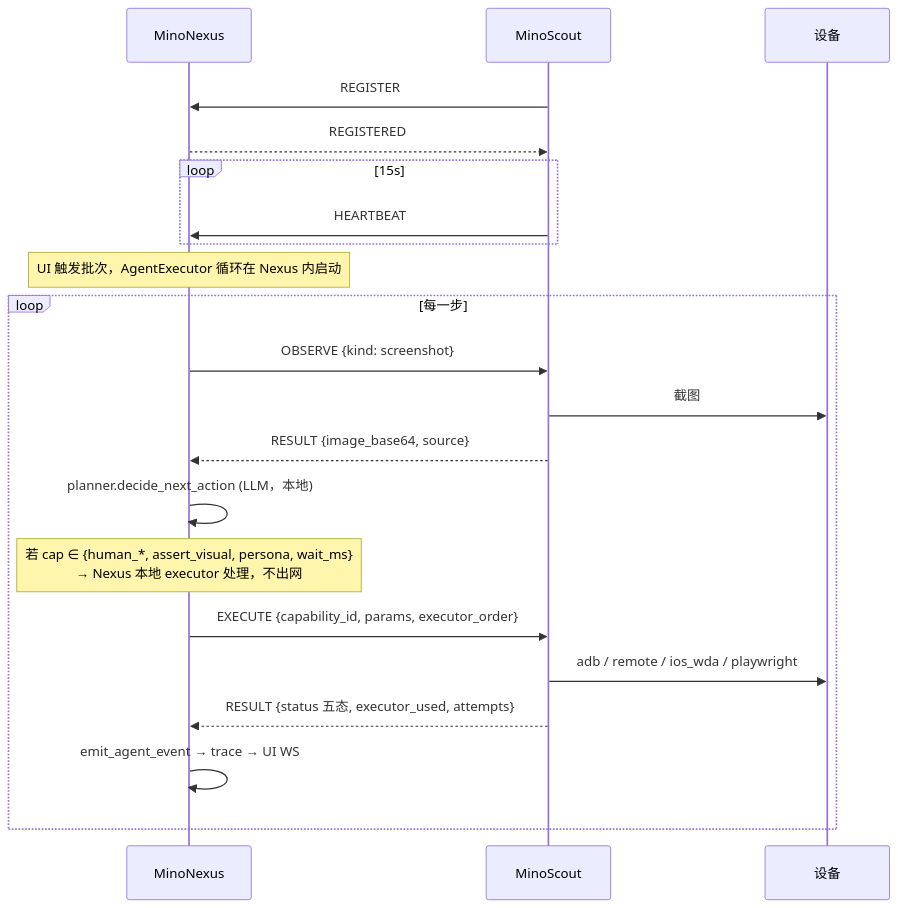
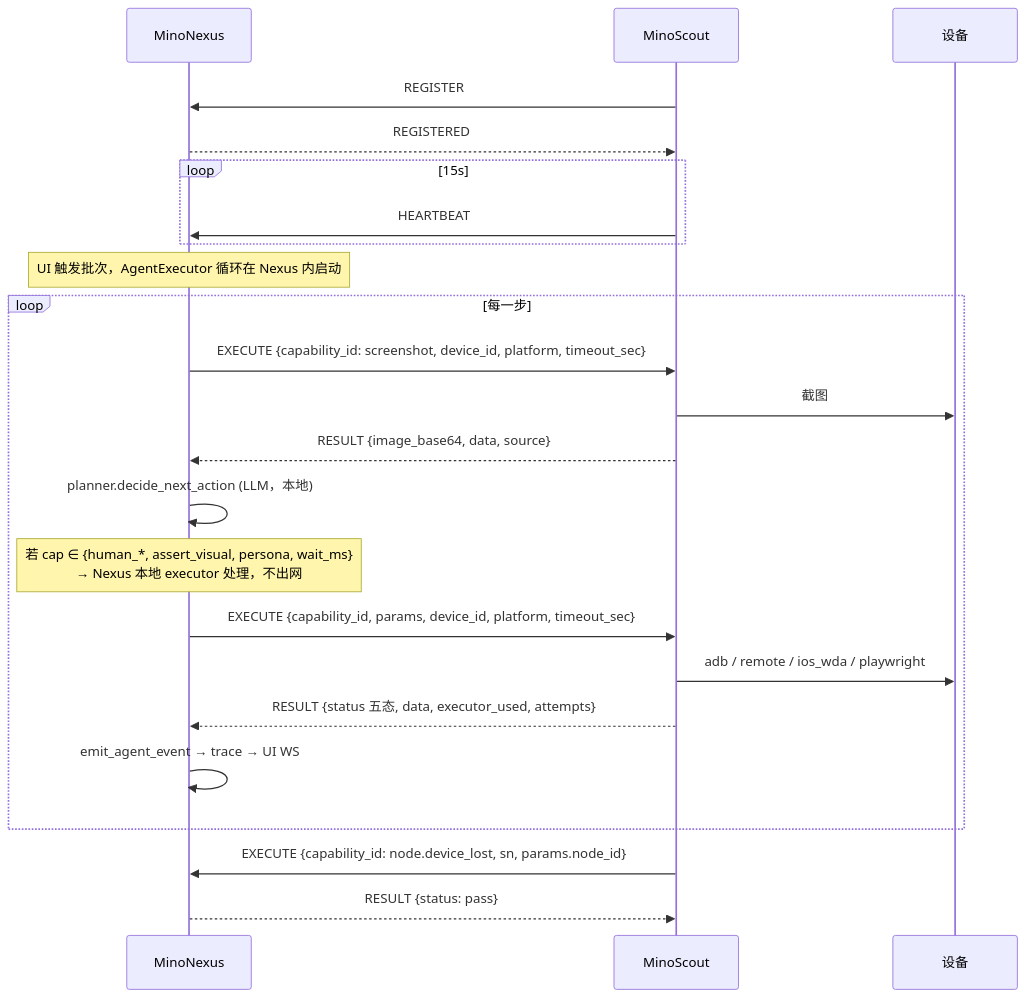
The diagram in docs/PROTOCOL.md (pengchengluoyi/MinoScout), drawn with Mermaid before and after one commit. The commit also changed other lines of this file and 44 other files, not shown here.

First line of the commit message:
Unify Scout on EXECUTE/RESULT and bump to 0.1.5.

````diff
--- a/docs/PROTOCOL.md
+++ b/docs/PROTOCOL.md
@@ -309,25 +267,28 @@
 ```mermaid
 sequenceDiagram
   participant N as MinoNexus
   participant S as MinoScout
   participant D as 设备
 
   S->>N: REGISTER
   N-->>S: REGISTERED
   loop 15s
     S->>N: HEARTBEAT
   end
 
   Note over N: UI 触发批次，AgentExecutor 循环在 Nexus 内启动
   loop 每一步
-    N->>S: OBSERVE {kind: screenshot}
+    N->>S: EXECUTE {capability_id: screenshot, device_id, platform, timeout_sec}
     S->>D: 截图
-    S-->>N: RESULT {image_base64, source}
+    S-->>N: RESULT {image_base64, data, source}
     N->>N: planner.decide_next_action (LLM，本地)
     Note over N: 若 cap ∈ {human_*, assert_visual, persona, wait_ms}<br/>→ Nexus 本地 executor 处理，不出网
-    N->>S: EXECUTE {capability_id, params, executor_order}
+    N->>S: EXECUTE {capability_id, params, device_id, platform, timeout_sec}
     S->>D: adb / remote / ios_wda / playwright
-    S-->>N: RESULT {status 五态, executor_used, attempts}
+    S-->>N: RESULT {status 五态, data, executor_used, attempts}
     N->>N: emit_agent_event → trace → UI WS
   end
+
+  S->>N: EXECUTE {capability_id: node.device_lost, sn, params.node_id}
+  N-->>S: RESULT {status: pass}
 ```
````
